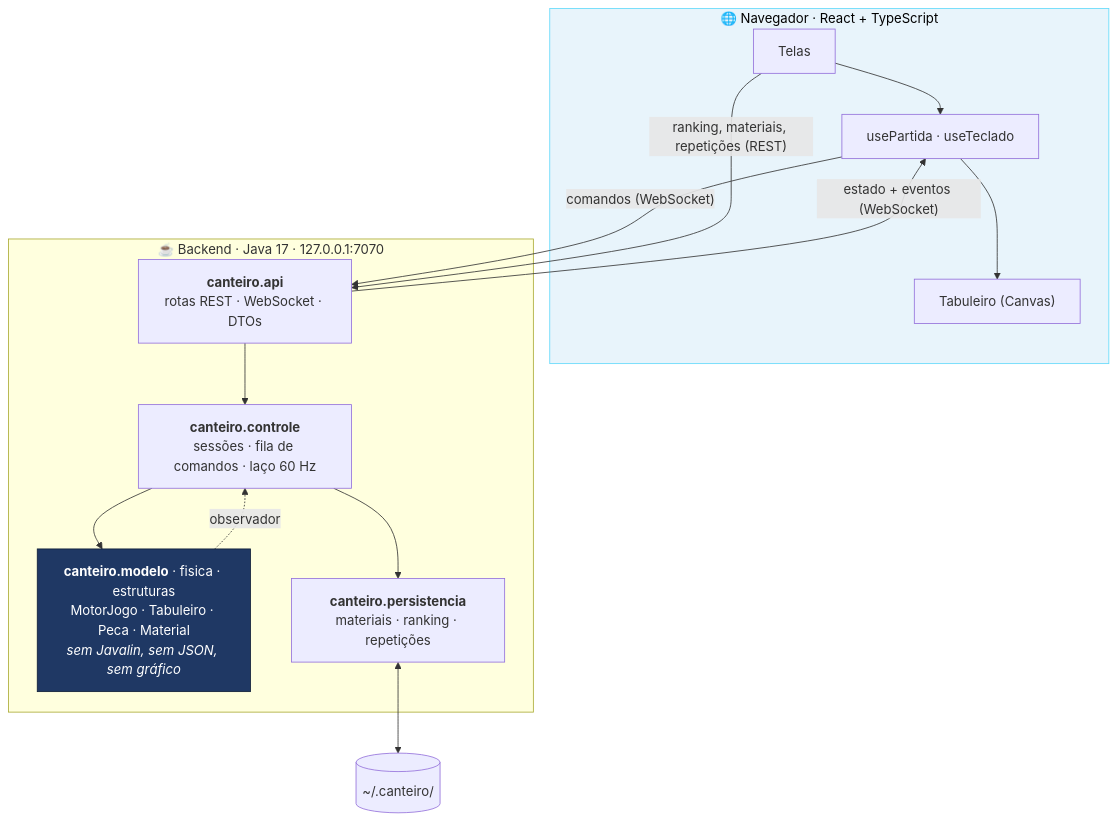
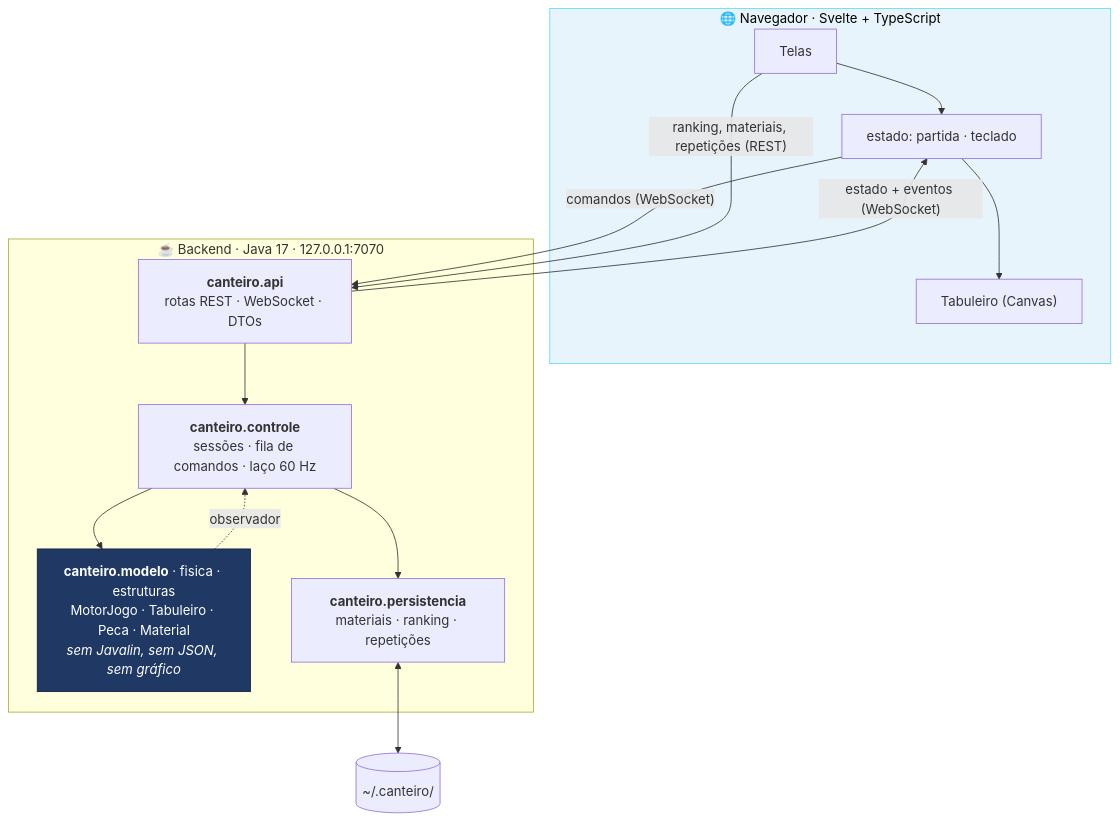
The first of 3 diagrams in README.md (mateus-vitor-ferreira-dev/canteiro), drawn with Mermaid before and after one commit. The commit also changed other lines of this file and 4 other files, not shown here.

````diff
--- a/README.md
+++ b/README.md
@@ -180,25 +180,25 @@
 ```mermaid
 flowchart TB
-    subgraph NAV["🌐 Navegador · React + TypeScript"]
-        TELAS["Telas"] --> HOOKS["usePartida · useTeclado"]
-        HOOKS --> CANVAS["Tabuleiro (Canvas)"]
+    subgraph NAV["🌐 Navegador · Svelte + TypeScript"]
+        TELAS["Telas"] --> ESTADO["estado: partida · teclado"]
+        ESTADO --> CANVAS["Tabuleiro (Canvas)"]
     end
 
     subgraph JVM["☕ Backend · Java 17 · 127.0.0.1:7070"]
         API["<b>canteiro.api</b><br/>rotas REST · WebSocket · DTOs"]
         CTRL["<b>canteiro.controle</b><br/>sessões · fila de comandos · laço 60 Hz"]
         MOD["<b>canteiro.modelo</b> · fisica · estruturas<br/>MotorJogo · Tabuleiro · Peca · Material<br/><i>sem Javalin, sem JSON, sem gráfico</i>"]
         PERS["<b>canteiro.persistencia</b><br/>materiais · ranking · repetições"]
         API --> CTRL --> MOD
         CTRL --> PERS
         MOD -. "observador" .-> CTRL
     end
 
-    HOOKS -- "comandos (WebSocket)" --> API
-    API -- "estado + eventos (WebSocket)" --> HOOKS
+    ESTADO -- "comandos (WebSocket)" --> API
+    API -- "estado + eventos (WebSocket)" --> ESTADO
     TELAS -- "ranking, materiais, repetições (REST)" --> API
     PERS <--> ARQ[("~/.canteiro/")]
 
     style MOD fill:#1F3864,stroke:#0f1e38,color:#fff
     style NAV fill:#E8F4FB,stroke:#61DAFB,color:#000
 ```
````
